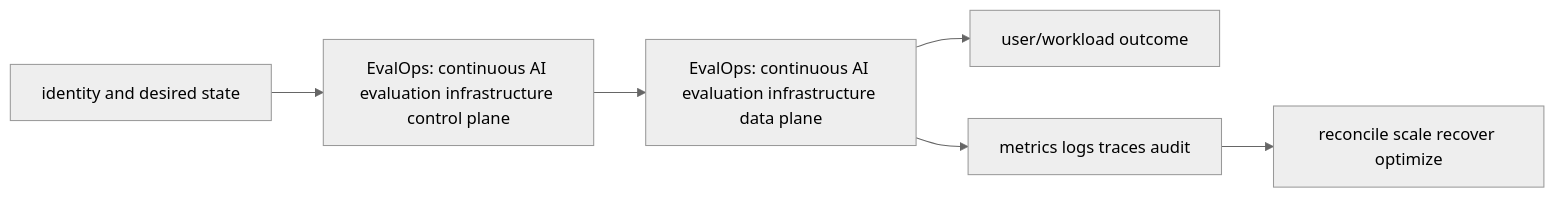
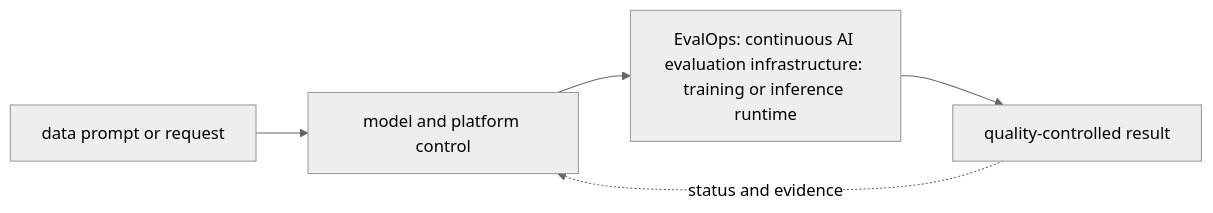
One commit to tomkidumbuyo/DevOps-interview-preparation changed the diagram in 11-ai-platform/08-mlops-and-llmops-lifecycle/19-evalops/README.md. Above: the diagram before and after it, drawn with Mermaid (neutral theme). The commit also changed other lines of this file and 753 other files, not shown here.

````diff
--- a/11-ai-platform/08-mlops-and-llmops-lifecycle/19-evalops/README.md
+++ b/11-ai-platform/08-mlops-and-llmops-lifecycle/19-evalops/README.md
@@ -19,8 +31,7 @@
 ```mermaid
 flowchart LR
-  I[identity and desired state] --> C[EvalOps: continuous AI evaluation infrastructure control plane]
-  C --> D[EvalOps: continuous AI evaluation infrastructure data plane]
-  D --> U[user/workload outcome]
-  D --> O[metrics logs traces audit]
-  O --> R[reconcile scale recover optimize]
+  A["data prompt or request"] --> B["model and platform control"]
+  B --> C["EvalOps: continuous AI evaluation infrastructure: training or inference runtime"]
+  C --> D["quality-controlled result"]
+  D -. "status and evidence" .-> B
 ```
````
